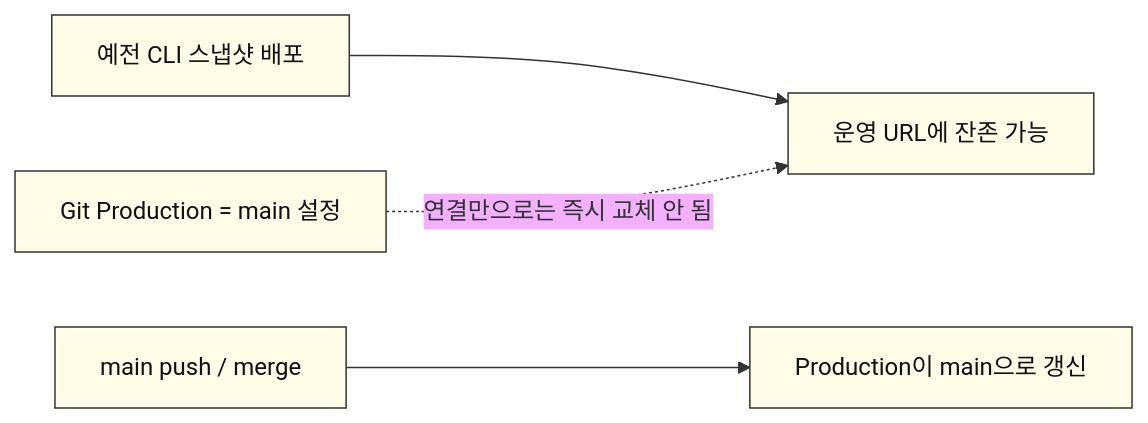
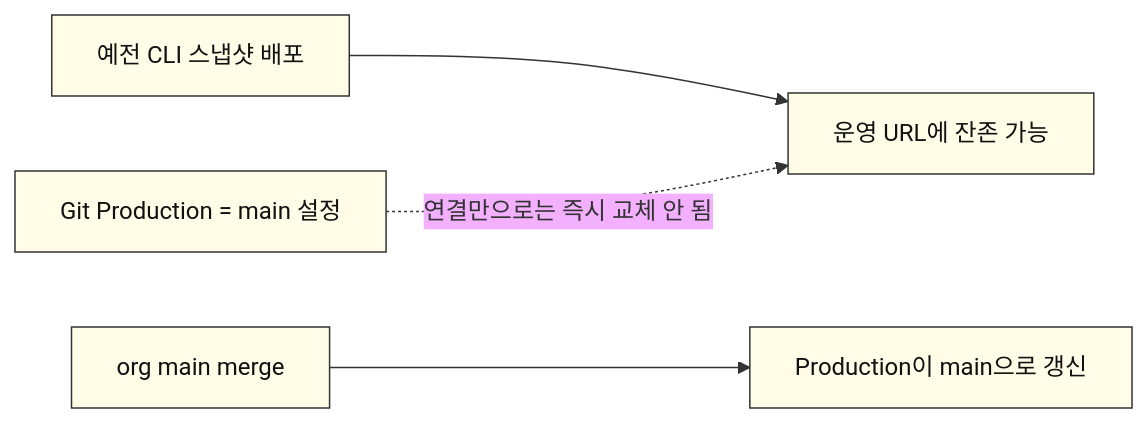
One commit to SpartaValueHub/ValueHub-FE changed the second of 6 diagrams in docs/vercel-deploy-team-notice.md. Above: the diagram before and after it, drawn with Mermaid. The commit also changed other lines of this file, not shown here.

````diff
--- a/docs/vercel-deploy-team-notice.md
+++ b/docs/vercel-deploy-team-notice.md
@@ -93,9 +98,9 @@
 ```mermaid
 %%{init: {"theme":"base","themeVariables":{"primaryColor":"#FFF3B0","primaryBorderColor":"#333","lineColor":"#333","clusterBkg":"#FFF3B0"}}}%%
 flowchart LR
   A["예전 CLI 스냅샷 배포"] --> B["운영 URL에 잔존 가능"]
   C["Git Production = main 설정"] -.->|연결만으로는 즉시 교체 안 됨| B
-  D["main push / merge"] --> E["Production이 main으로 갱신"]
+  D["org main merge"] --> E["Production이 main으로 갱신"]
   classDef node fill:#FFFDE7,stroke:#333,color:#111;
   class A,B,C,D,E node;
 ```
````
